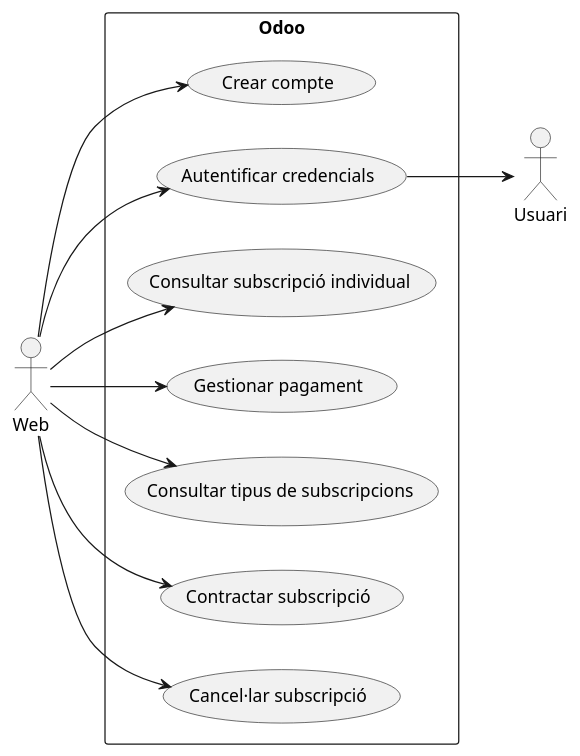
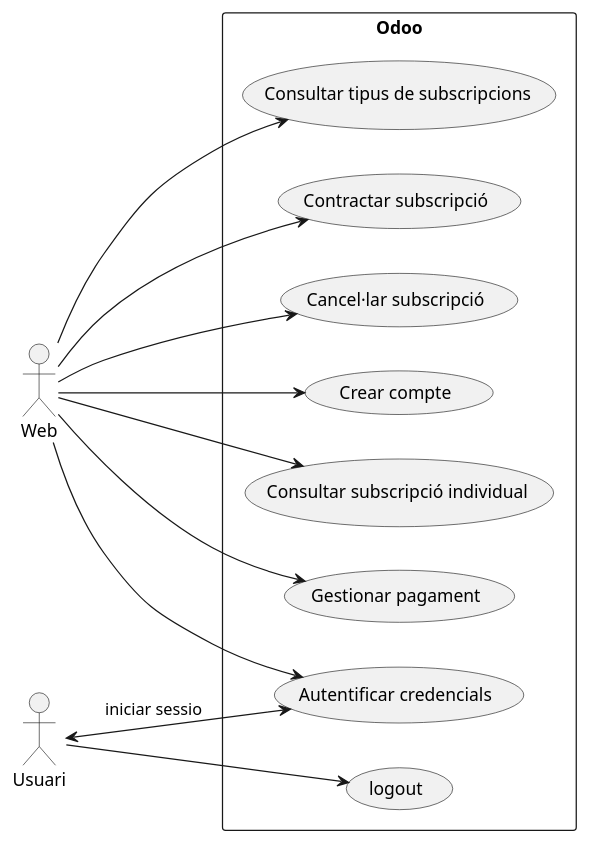
Before and after one commit to Toxolo/ProyecteIntermodular: the diagram in doc/odoo_diagrama.md, drawn with PlantUML. The commit also changed other lines of this file and 3 other files, not shown here.

````diff
--- a/doc/odoo_diagrama.md
+++ b/doc/odoo_diagrama.md
@@ -1,29 +3,31 @@
 ```uml
 @startuml
 left to right direction
 
 actor "Web" as WEB
 rectangle "Odoo" {
 
   usecase "Crear compte" as UC1
   usecase "Autentificar credencials" as UC2
   usecase "Consultar subscripció individual" as UC3
   usecase "Gestionar pagament" as UC4
   usecase "Consultar tipus de subscripcions" as UC5
   usecase "Contractar subscripció" as UC6
   usecase "Cancel·lar subscripció" as UC7
+  usecase "logout" as UC8
 
 }
 
 WEB --> UC1
 WEB --> UC2
 WEB --> UC3
 WEB --> UC4
 WEB --> UC5
 WEB --> UC6
 WEB --> UC7
-UC2 --> Usuari
+UC2 <--> Usuari : iniciar sessio
+Usuari --> UC8
 
 
 @enduml 
 ```
````
